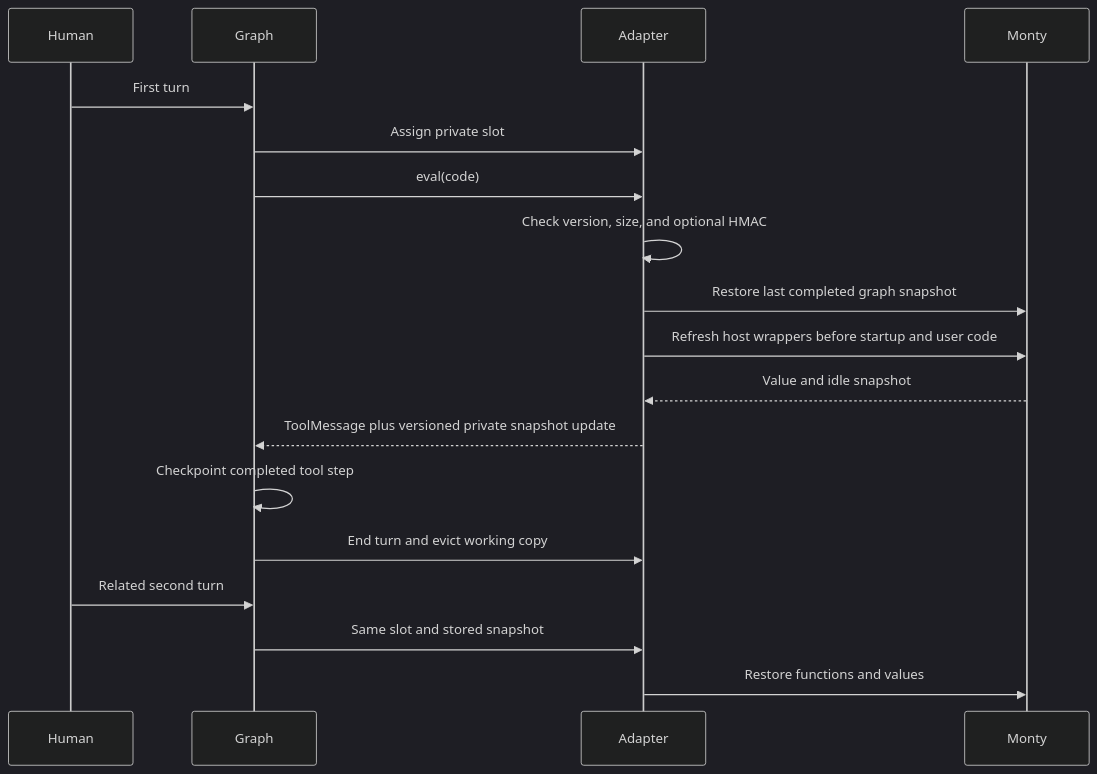
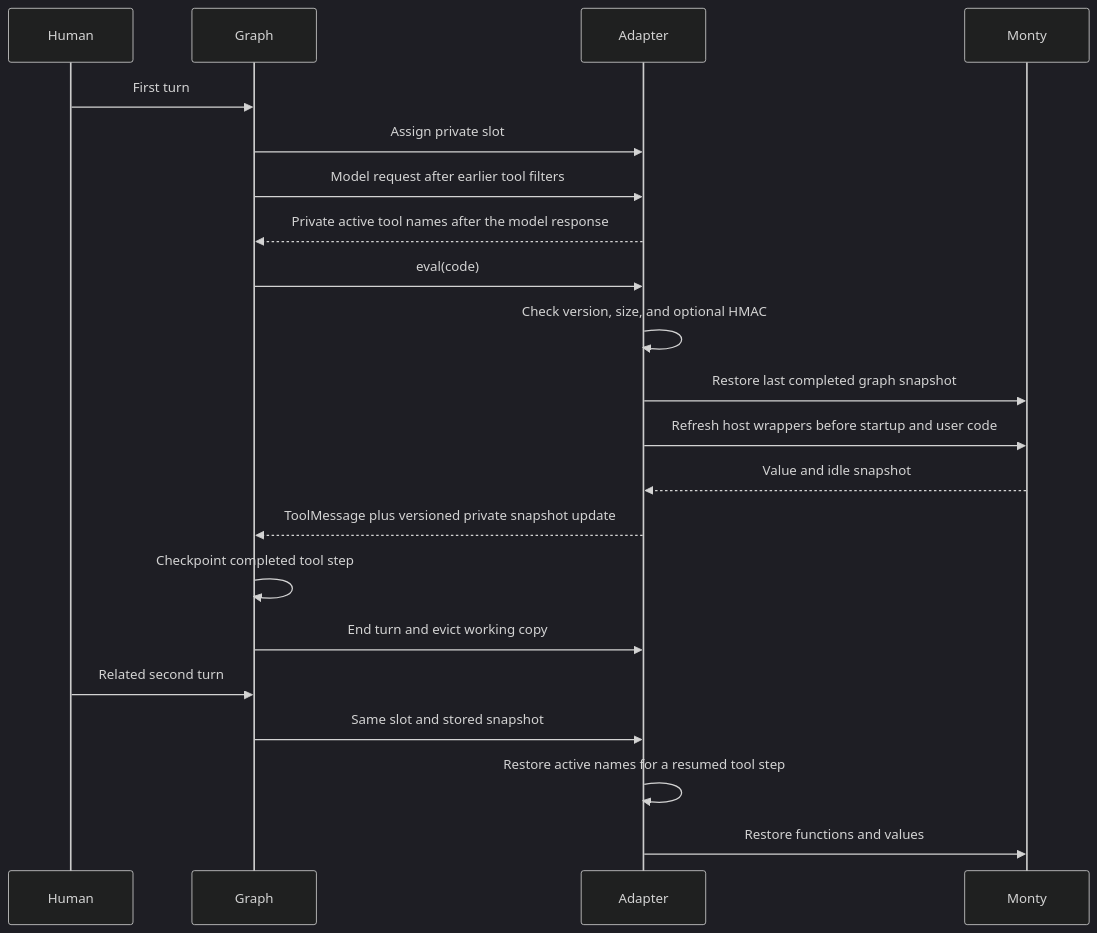
One commit to sgaseretto/arenero changed the first of 2 diagrams in docs/deepagents-compatibility.md. Above: the diagram before and after it, drawn with Mermaid (dark theme). The commit also changed other lines of this file and 11 other files, not shown here.

````diff
--- a/docs/deepagents-compatibility.md
+++ b/docs/deepagents-compatibility.md
@@ -186,20 +190,23 @@
 ```mermaid
 sequenceDiagram
     participant Human
     participant Graph
     participant Adapter
     participant Monty
     Human->>Graph: First turn
     Graph->>Adapter: Assign private slot
+    Graph->>Adapter: Model request after earlier tool filters
+    Adapter-->>Graph: Private active tool names after the model response
     Graph->>Adapter: eval(code)
     Adapter->>Adapter: Check version, size, and optional HMAC
     Adapter->>Monty: Restore last completed graph snapshot
     Adapter->>Monty: Refresh host wrappers before startup and user code
     Monty-->>Adapter: Value and idle snapshot
     Adapter-->>Graph: ToolMessage plus versioned private snapshot update
     Graph->>Graph: Checkpoint completed tool step
     Graph->>Adapter: End turn and evict working copy
     Human->>Graph: Related second turn
     Graph->>Adapter: Same slot and stored snapshot
+    Adapter->>Adapter: Restore active names for a resumed tool step
     Adapter->>Monty: Restore functions and values
 ```
````
